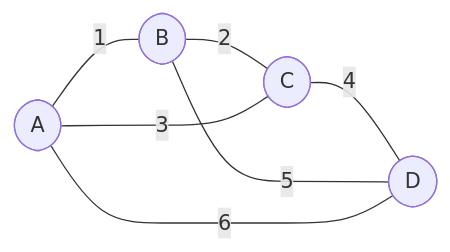
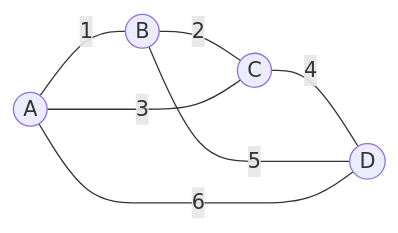
One commit to freeedoooooo/algs changed the second of 4 diagrams in my-notes/01-基础巩固/11-图相关的算法/05-最小生成树-Kruskal算法.md. Above: the diagram before and after it, drawn with Mermaid. The commit also changed other lines of this file, not shown here.

Commit message:
update Kruskal mermaid

````diff
--- a/my-notes/01-基础巩固/11-图相关的算法/05-最小生成树-Kruskal算法.md
+++ b/my-notes/01-基础巩固/11-图相关的算法/05-最小生成树-Kruskal算法.md
@@ -135,9 +135,9 @@
 ```mermaid
 graph LR
-    A(["A"]) ---|"1"| B(["B"])
-    B ---|"2"| C(["C"])
-    A ---|"3"| C
-    C ---|"4"| D(["D"])
-    B ---|"5"| D
-    A ---|"6"| D
+    A((A)) ---|1| B((B))
+    B ---|2| C((C))
+    A ---|3| C
+    C ---|4| D((D))
+    B ---|5| D
+    A ---|6| D
 ```
````
